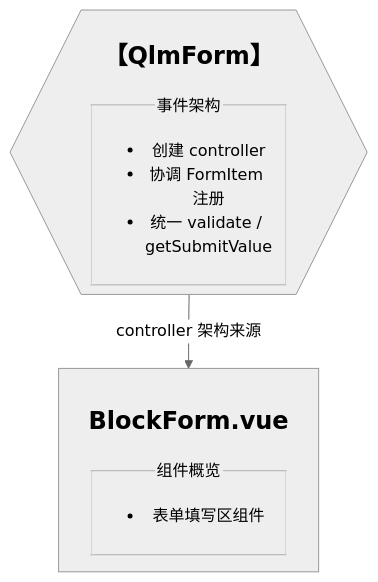
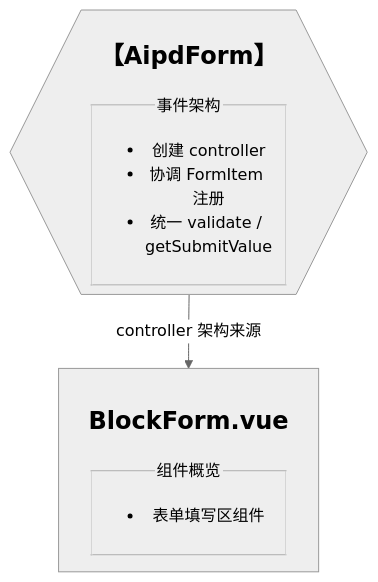
Before and after one commit to KarnaughK/AIPD: the sixth of 9 diagrams in aipd-skill/src/core/L5-dev/vue-architecture-diagram-guide.md, drawn with Mermaid (neutral theme). The commit also changed other lines of this file and 63 other files, not shown here.

````diff
--- a/aipd-skill/src/core/L5-dev/vue-architecture-diagram-guide.md
+++ b/aipd-skill/src/core/L5-dev/vue-architecture-diagram-guide.md
@@ -242,7 +242,7 @@
 ```mermaid
 flowchart TD
-    controller_QlmForm{{"<h2>【QlmForm】</h2><fieldset><legend>事件架构</legend><ul><li>创建 controller</li><li>协调 FormItem 注册</li><li>统一 validate / getSubmitValue</li></ul></fieldset>"}}
+    controller_AipdForm{{"<h2>【AipdForm】</h2><fieldset><legend>事件架构</legend><ul><li>创建 controller</li><li>协调 FormItem 注册</li><li>统一 validate / getSubmitValue</li></ul></fieldset>"}}
     vue_BlockForm["<h2>BlockForm.vue</h2><fieldset><legend>组件概览</legend><ul><li>表单填写区组件</li></ul></fieldset>"]
 
-    controller_QlmForm -->|controller 架构来源| vue_BlockForm
+    controller_AipdForm -->|controller 架构来源| vue_BlockForm
 ```
````
